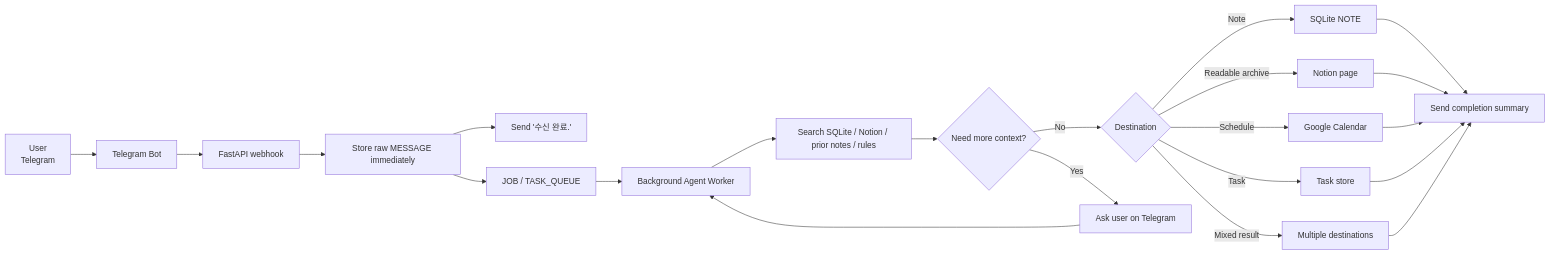
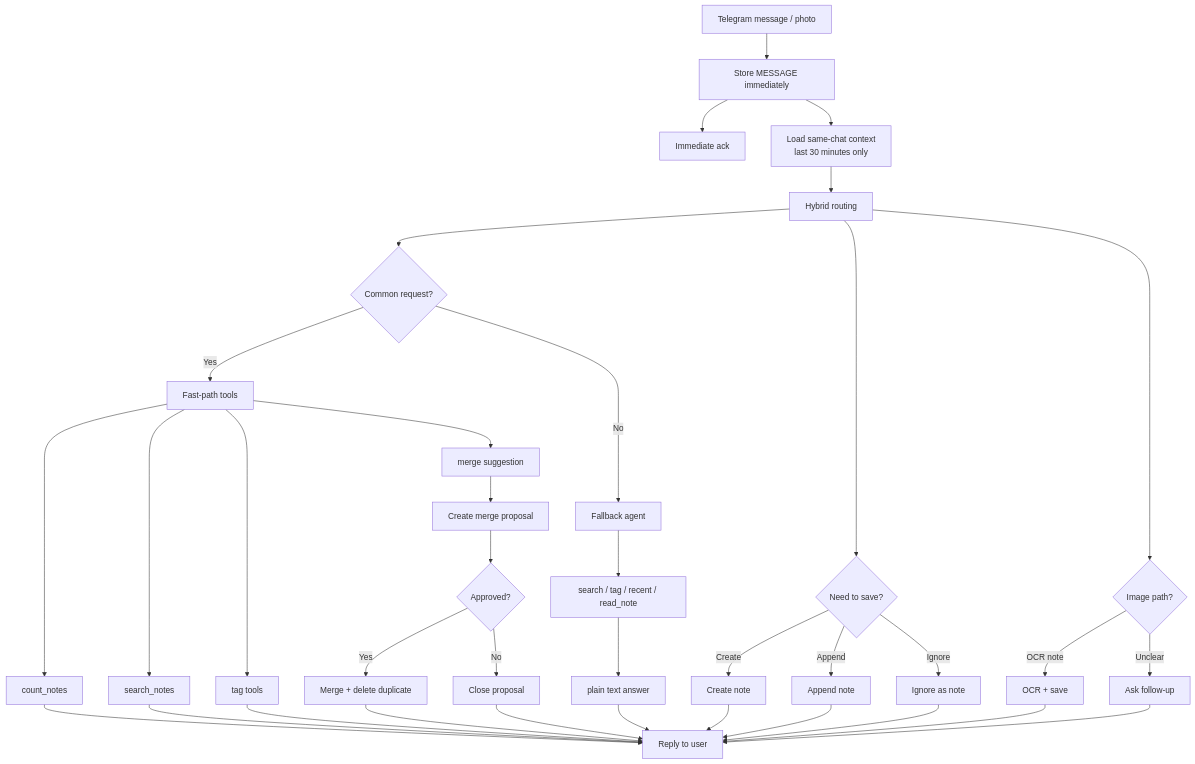
One commit to Transient-Onlooker/tg-note-agent changed the fourth of 4 diagrams in docs/ARCHITECTURE.md. Above: the diagram before and after it, drawn with Mermaid. The commit also changed other lines of this file and 21 other files, not shown here.

````diff
--- a/docs/ARCHITECTURE.md
+++ b/docs/ARCHITECTURE.md
@@ -81,28 +133,45 @@
 ```mermaid
-flowchart LR
-    User["User<br/>Telegram"] --> Bot["Telegram Bot"]
-    Bot --> API["FastAPI webhook"]
-    API --> Raw["Store raw MESSAGE immediately"]
-    Raw --> Ack["Send '수신 완료.'"]
-    Raw --> Queue["JOB / TASK_QUEUE"]
+flowchart TD
+    In["Telegram message / photo"] --> Store["Store MESSAGE immediately"]
+    Store --> Ack["Immediate ack"]
+    Store --> Context["Load same-chat context<br/>last 30 minutes only"]
+    Context --> Decide["Hybrid routing"]
 
-    Queue --> Agent["Background Agent Worker"]
-    Agent --> Search["Search SQLite / Notion / prior notes / rules"]
-    Search --> Decide{"Need more context?"}
+    Decide --> Fast{"Common request?"}
+    Fast -->|Yes| FastTool["Fast-path tools"]
+    Fast -->|No| Agent["Fallback agent"]
 
-    Decide -->|No| Route{"Destination"}
-    Decide -->|Yes| Clarify["Ask user on Telegram"]
-    Clarify --> Agent
+    FastTool --> Count["count_notes"]
+    FastTool --> Search["search_notes"]
+    FastTool --> Tags["tag tools"]
+    FastTool --> MergeSuggest["merge suggestion"]
 
-    Route -->|Note| LocalNote["SQLite NOTE"]
-    Route -->|Readable archive| Notion["Notion page"]
-    Route -->|Schedule| Calendar["Google Calendar"]
-    Route -->|Task| Todo["Task store"]
-    Route -->|Mixed result| Multi["Multiple destinations"]
+    Agent --> Read["search / tag / recent / read_note"]
+    Read --> Respond["plain text answer"]
 
-    LocalNote --> Done["Send completion summary"]
-    Notion --> Done
-    Calendar --> Done
-    Todo --> Done
-    Multi --> Done
+    Decide --> Save{"Need to save?"}
+    Save -->|Create| Create["Create note"]
+    Save -->|Append| Append["Append note"]
+    Save -->|Ignore| Ignore["Ignore as note"]
+
+    Decide --> Img{"Image path?"}
+    Img -->|OCR note| OCR["OCR + save"]
+    Img -->|Unclear| Clarify["Ask follow-up"]
+
+    MergeSuggest --> Proposal["Create merge proposal"]
+    Proposal --> Approval{"Approved?"}
+    Approval -->|Yes| Merge["Merge + delete duplicate"]
+    Approval -->|No| Close["Close proposal"]
+
+    Count --> Done["Reply to user"]
+    Search --> Done
+    Tags --> Done
+    Respond --> Done
+    Create --> Done
+    Append --> Done
+    Ignore --> Done
+    OCR --> Done
+    Clarify --> Done
+    Merge --> Done
+    Close --> Done
 ```
````
